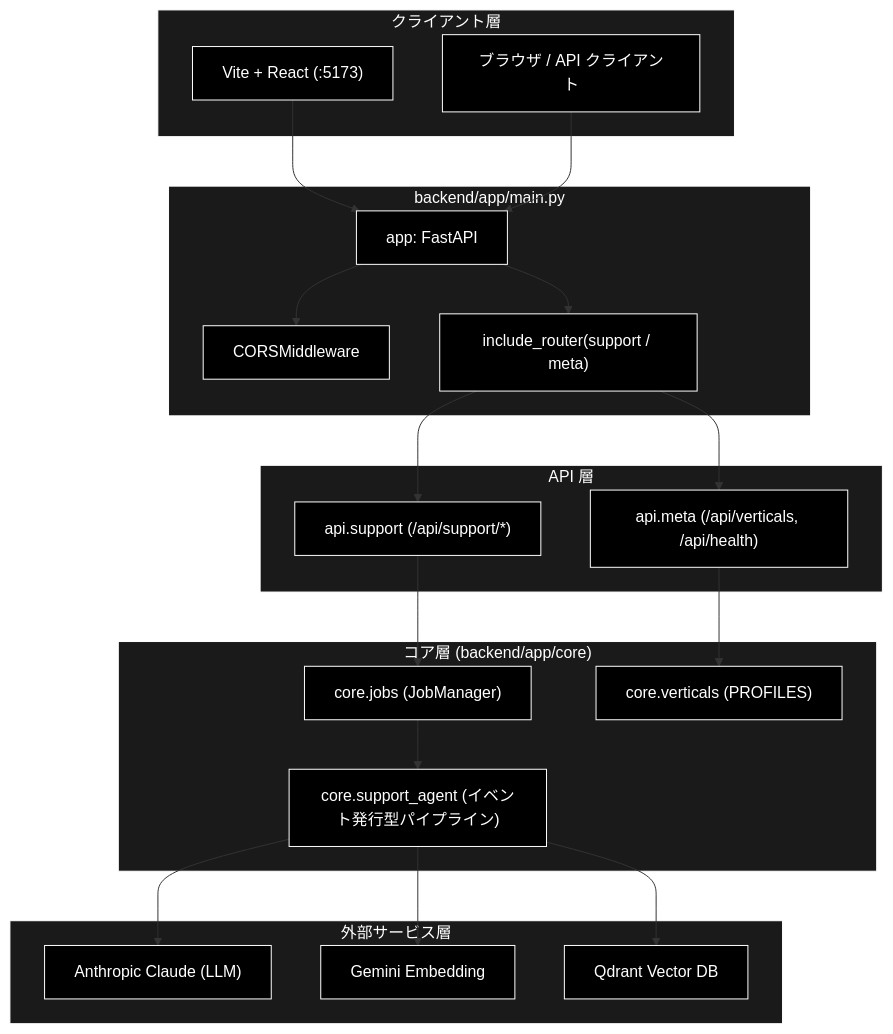
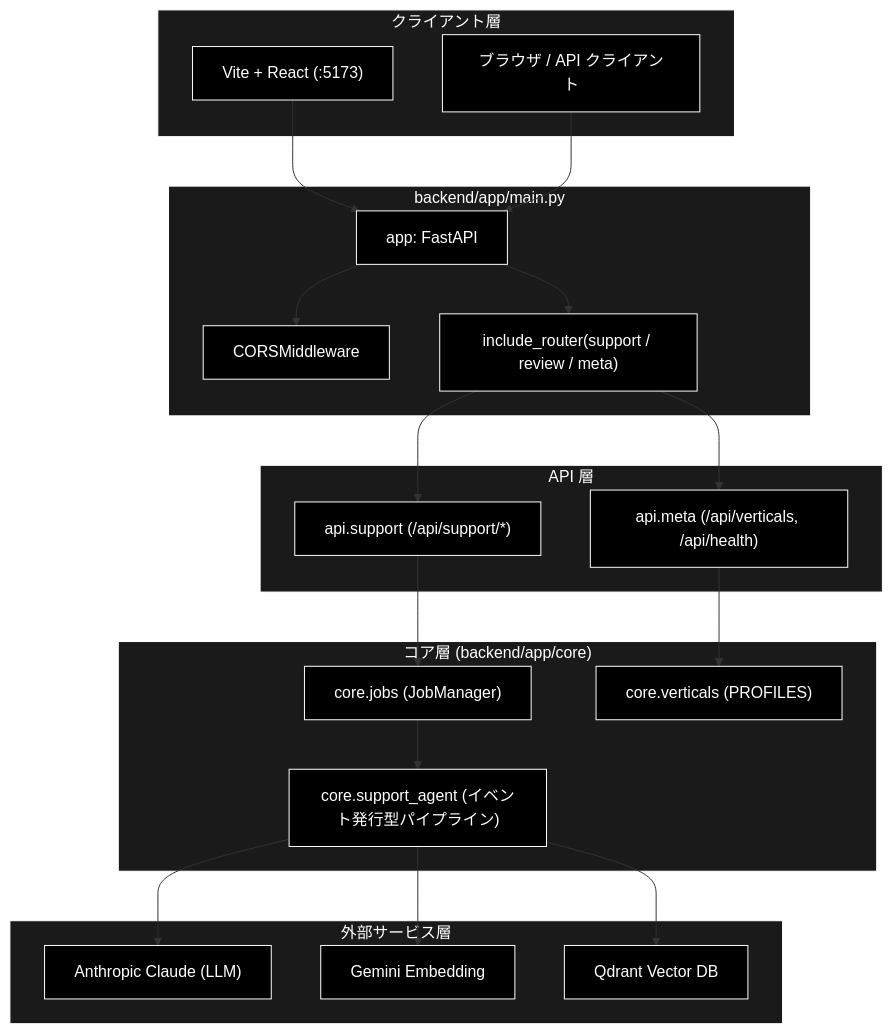
The first of 3 diagrams in backend/docs/main.md (nakashima2toshio/grace_v2), drawn with Mermaid before and after one commit. The commit also changed other lines of this file and 9 other files, not shown here.

````diff
--- a/backend/docs/main.md
+++ b/backend/docs/main.md
@@ -69,51 +70,51 @@
 ```mermaid
 flowchart TB
     subgraph CLIENT["クライアント層"]
         VITE["Vite + React (:5173)"]
         BROWSER["ブラウザ / API クライアント"]
     end
 
     subgraph MODULE["backend/app/main.py"]
         APP["app: FastAPI"]
         CORS["CORSMiddleware"]
-        ROUTERS["include_router(support / meta)"]
+        ROUTERS["include_router(support / review / meta)"]
     end
 
     subgraph APILAYER["API 層"]
         SUPPORT["api.support (/api/support/*)"]
         META["api.meta (/api/verticals, /api/health)"]
     end
 
     subgraph CORELAYER["コア層 (backend/app/core)"]
         JOBS["core.jobs (JobManager)"]
         AGENT["core.support_agent (イベント発行型パイプライン)"]
         VERT["core.verticals (PROFILES)"]
     end
 
     subgraph EXTERNAL["外部サービス層"]
         ANTHROPIC["Anthropic Claude (LLM)"]
         GEMINI["Gemini Embedding"]
         QDRANT["Qdrant Vector DB"]
     end
 
     VITE --> APP
     BROWSER --> APP
     APP --> CORS
     APP --> ROUTERS
     ROUTERS --> SUPPORT
     ROUTERS --> META
     SUPPORT --> JOBS
     JOBS --> AGENT
     META --> VERT
     AGENT --> ANTHROPIC
     AGENT --> GEMINI
     AGENT --> QDRANT
 classDef default fill:#000,stroke:#fff,color:#fff
 classDef subgraphStyle fill:#1a1a1a,stroke:#fff,color:#fff
 class VITE,BROWSER,APP,CORS,ROUTERS,SUPPORT,META,JOBS,AGENT,VERT,ANTHROPIC,GEMINI,QDRANT default
 style CLIENT fill:#1a1a1a,stroke:#fff,color:#fff
 style MODULE fill:#1a1a1a,stroke:#fff,color:#fff
 style APILAYER fill:#1a1a1a,stroke:#fff,color:#fff
 style CORELAYER fill:#1a1a1a,stroke:#fff,color:#fff
 style EXTERNAL fill:#1a1a1a,stroke:#fff,color:#fff
 ```
````
